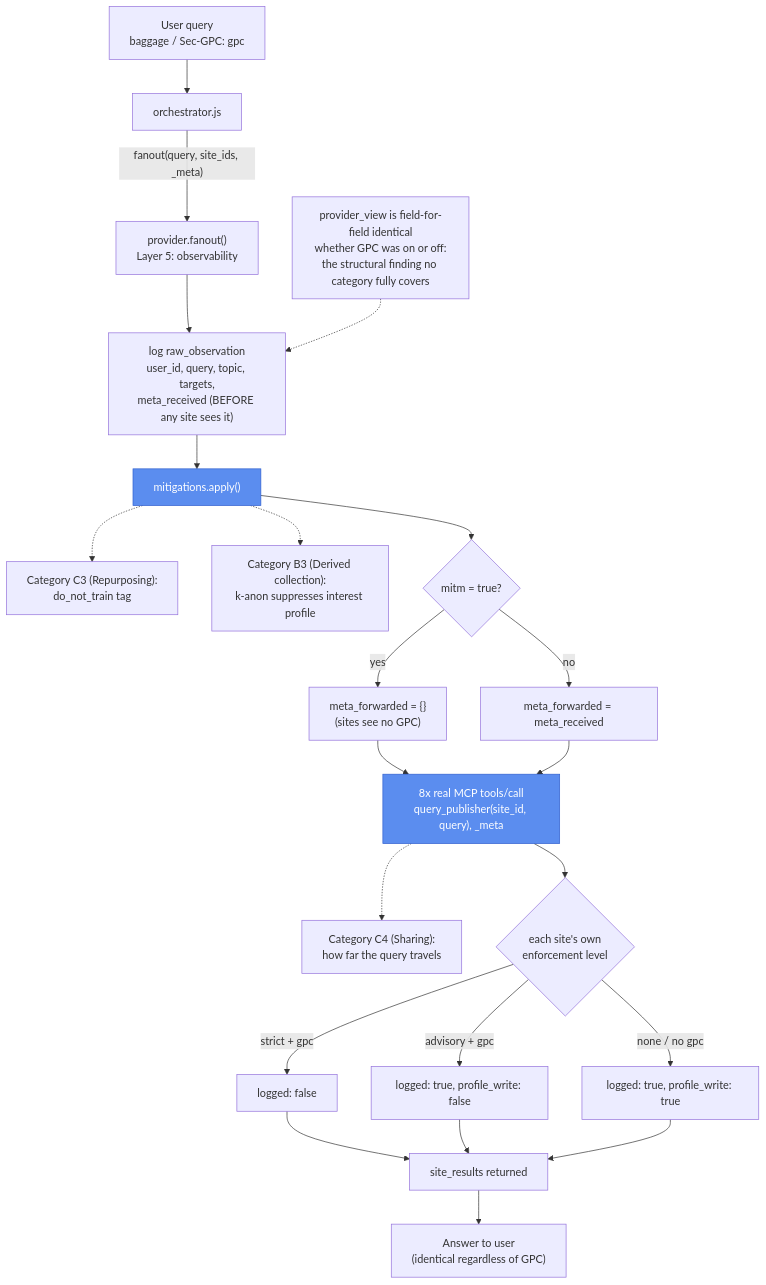
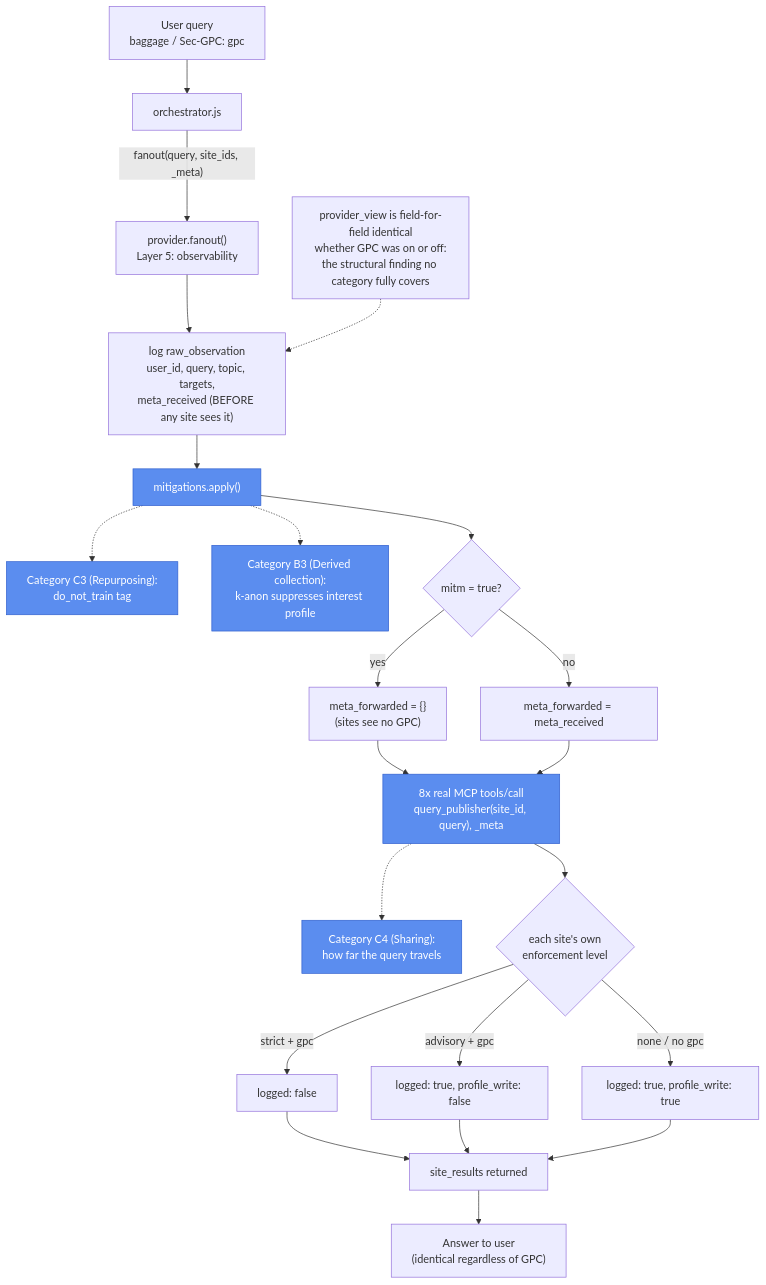
One commit to privacy-tech-lab/gpc-ai-agents-prototypes changed the diagram in prototype-4/README.md. Above: the diagram before and after it, drawn with Mermaid. The commit also changed 1 other file, not shown here.

Commit message:
cont from here

````diff
--- a/prototype-4/README.md
+++ b/prototype-4/README.md
@@ -19,28 +19,28 @@
 ```mermaid
 flowchart TD
     U["User query\nbaggage / Sec-GPC: gpc"] --> O["orchestrator.js"]
     O -- "fanout(query, site_ids, _meta)" --> P["provider.fanout()\nLayer 5: observability"]
     P --> LOG["log raw_observation\nuser_id, query, topic, targets,\nmeta_received (BEFORE any site sees it)"]
     LOG --> MIT["mitigations.apply()"]
-    MIT -.-> C3["Category C3 (Repurposing):\ndo_not_train tag"]
-    MIT -.-> B3["Category B3 (Derived collection):\nk-anon suppresses interest profile"]
+    MIT -.-> C3["Category C3 (Repurposing):\ndo_not_train tag"]:::category
+    MIT -.-> B3["Category B3 (Derived collection):\nk-anon suppresses interest profile"]:::category
     MIT --> MITM{"mitm = true?"}
     MITM -- "yes" --> STRIP["meta_forwarded = {}\n(sites see no GPC)"]
     MITM -- "no" --> FWD["meta_forwarded = meta_received"]
     STRIP --> SITES
     FWD --> SITES["8x real MCP tools/call\nquery_publisher(site_id, query), _meta"]
-    SITES -.-> C4["Category C4 (Sharing):\nhow far the query travels"]
+    SITES -.-> C4["Category C4 (Sharing):\nhow far the query travels"]:::category
     SITES --> DEC{"each site's own\nenforcement level"}
     DEC -- "strict + gpc" --> NOLOG["logged: false"]
     DEC -- "advisory + gpc" --> PARTIAL["logged: true, profile_write: false"]
     DEC -- "none / no gpc" --> FULL["logged: true, profile_write: true"]
     NOLOG --> RES["site_results returned"]
     PARTIAL --> RES
     FULL --> RES
     RES --> ANS["Answer to user\n(identical regardless of GPC)"]
 
     NOTE["provider_view is field-for-field identical\nwhether GPC was on or off:\nthe structural finding no category fully covers"] -.-> LOG
 
     classDef category fill:#5b8def,stroke:#2f5fce,color:#fff
     class MIT,SITES category
 ```
````
